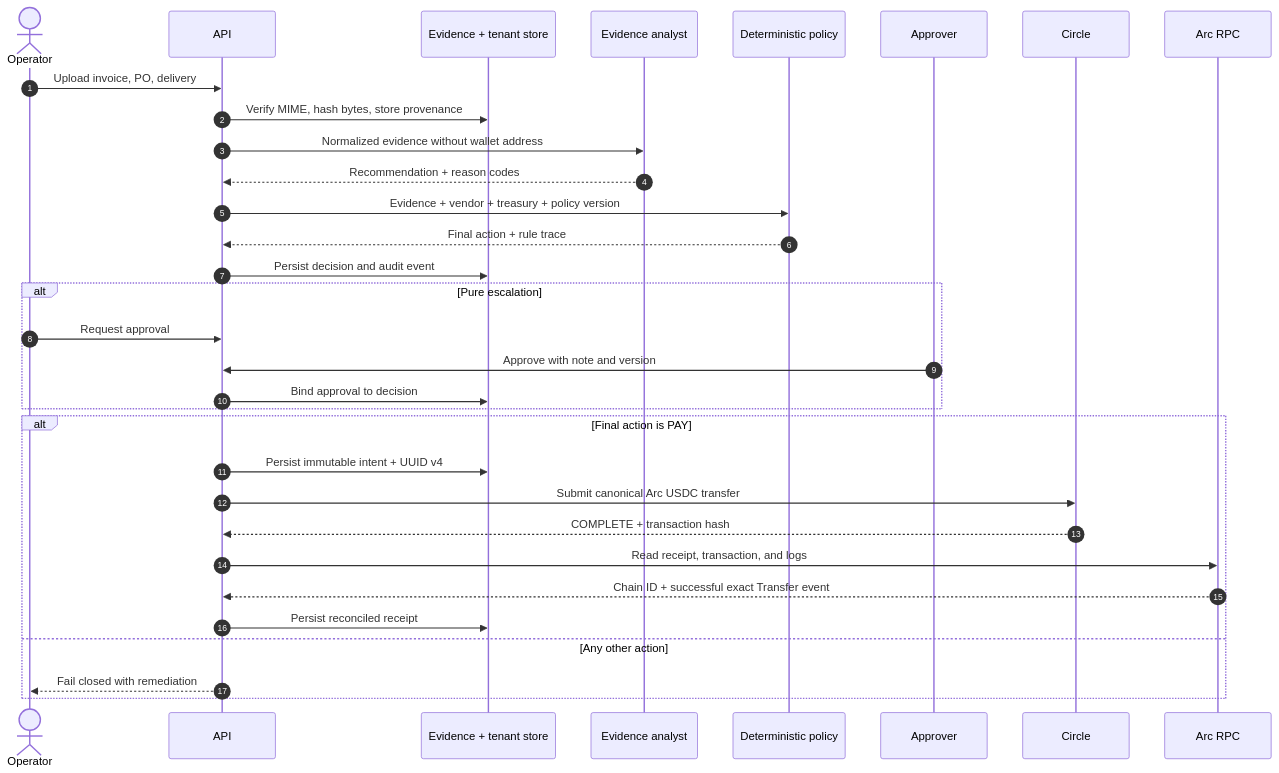
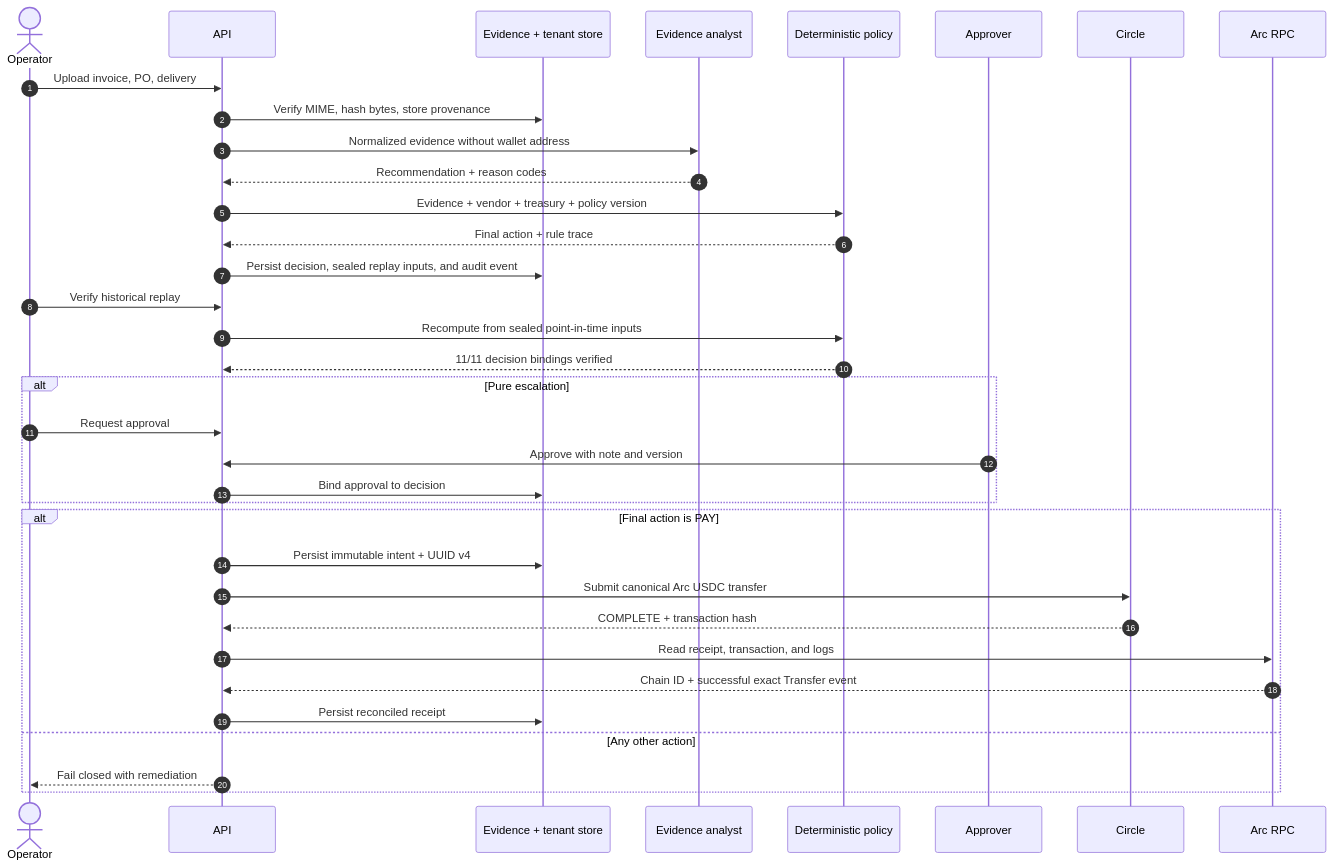
The second of 3 diagrams in docs/ARCHITECTURE.md (xiangchengzilema/tallyguard-arc), drawn with Mermaid before and after one commit. The commit also changed other lines of this file and 11 other files, not shown here.

Commit message:
feat: add deterministic decision replay verification

````diff
--- a/docs/ARCHITECTURE.md
+++ b/docs/ARCHITECTURE.md
@@ -52,35 +54,38 @@
 ```mermaid
 sequenceDiagram
     autonumber
     actor Operator
     participant API
     participant Store as Evidence + tenant store
     participant Agent as Evidence analyst
     participant Policy as Deterministic policy
     participant Approver
     participant Circle
     participant Arc as Arc RPC
 
     Operator->>API: Upload invoice, PO, delivery
     API->>Store: Verify MIME, hash bytes, store provenance
     API->>Agent: Normalized evidence without wallet address
     Agent-->>API: Recommendation + reason codes
     API->>Policy: Evidence + vendor + treasury + policy version
     Policy-->>API: Final action + rule trace
-    API->>Store: Persist decision and audit event
+    API->>Store: Persist decision, sealed replay inputs, and audit event
+    Operator->>API: Verify historical replay
+    API->>Policy: Recompute from sealed point-in-time inputs
+    Policy-->>API: 11/11 decision bindings verified
     alt Pure escalation
         Operator->>API: Request approval
         Approver->>API: Approve with note and version
         API->>Store: Bind approval to decision
     end
     alt Final action is PAY
         API->>Store: Persist immutable intent + UUID v4
         API->>Circle: Submit canonical Arc USDC transfer
         Circle-->>API: COMPLETE + transaction hash
         API->>Arc: Read receipt, transaction, and logs
         Arc-->>API: Chain ID + successful exact Transfer event
         API->>Store: Persist reconciled receipt
     else Any other action
         API-->>Operator: Fail closed with remediation
     end
 ```
````
